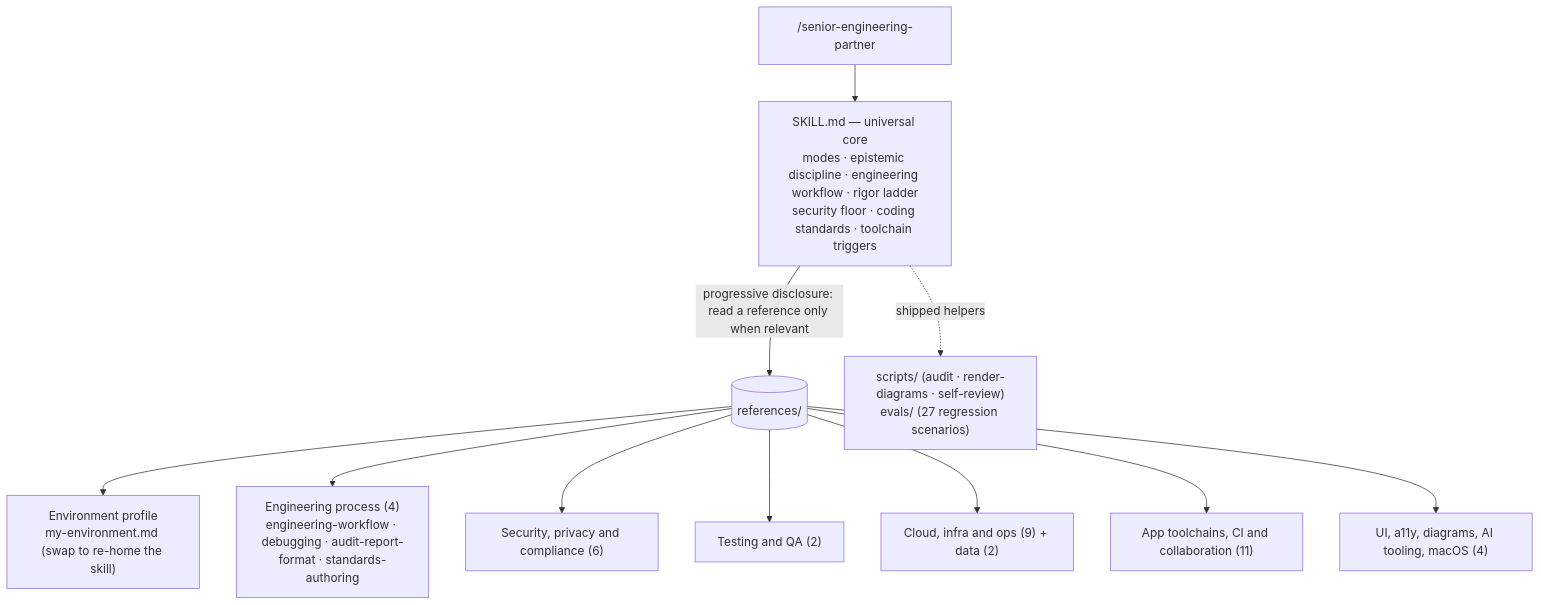
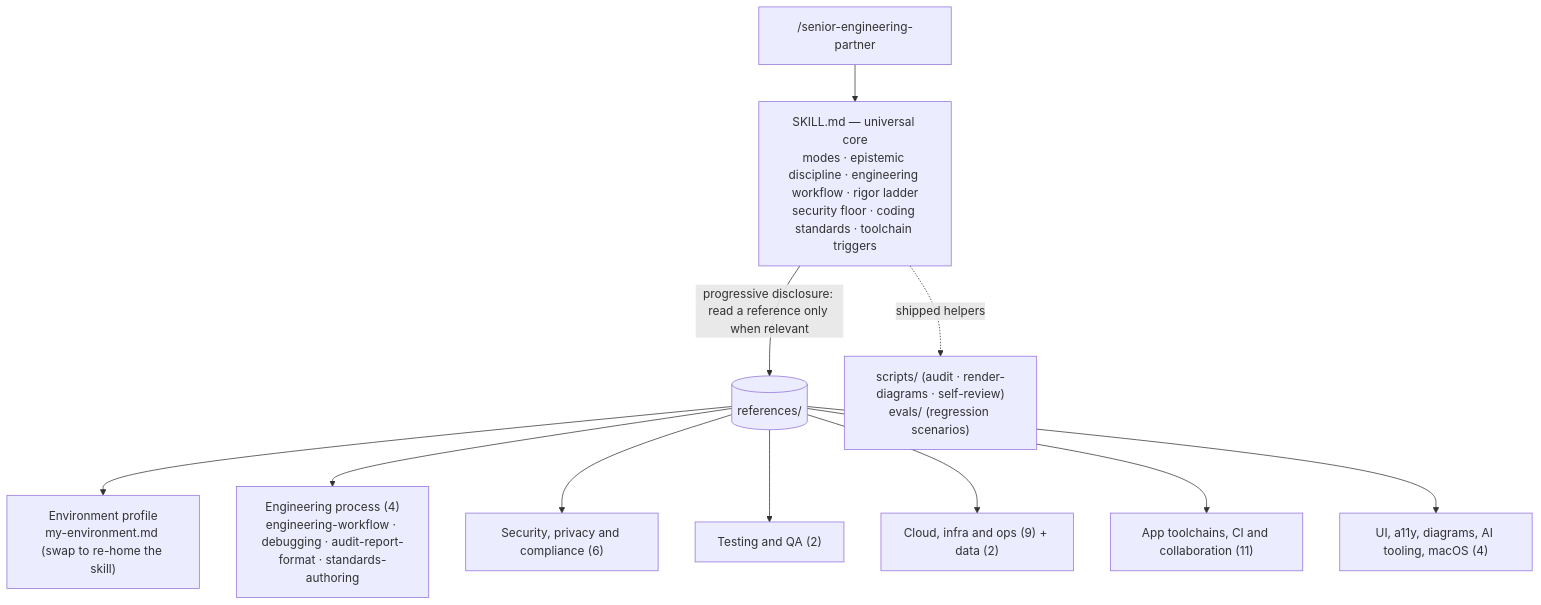
Before and after one commit to bjgreenberg/senior-engineering-partner: the first of 3 diagrams in README.md, drawn with Mermaid. The commit also changed other lines of this file and 3 other files, not shown here.

````diff
--- a/README.md
+++ b/README.md
@@ -81,14 +81,14 @@
 ```mermaid
 flowchart TD
     U["/senior-engineering-partner"] --> C
     C["SKILL.md — universal core<br/>modes · epistemic discipline · engineering workflow · rigor ladder<br/>security floor · coding standards · toolchain triggers"]
     C -->|"progressive disclosure: read a reference only when relevant"| R[(references/)]
-    C -.->|"shipped helpers"| K["scripts/ (audit · render-diagrams · self-review)<br/>evals/ (27 regression scenarios)"]
+    C -.->|"shipped helpers"| K["scripts/ (audit · render-diagrams · self-review)<br/>evals/ (regression scenarios)"]
     R --> P["Environment profile<br/>my-environment.md (swap to re-home the skill)"]
     R --> W["Engineering process (4)<br/>engineering-workflow · debugging · audit-report-format · standards-authoring"]
     R --> S["Security, privacy and compliance (6)"]
     R --> T["Testing and QA (2)"]
     R --> I["Cloud, infra and ops (9) + data (2)"]
     R --> A["App toolchains, CI and collaboration (11)"]
     R --> X["UI, a11y, diagrams, AI tooling, macOS (4)"]
 ```
````
